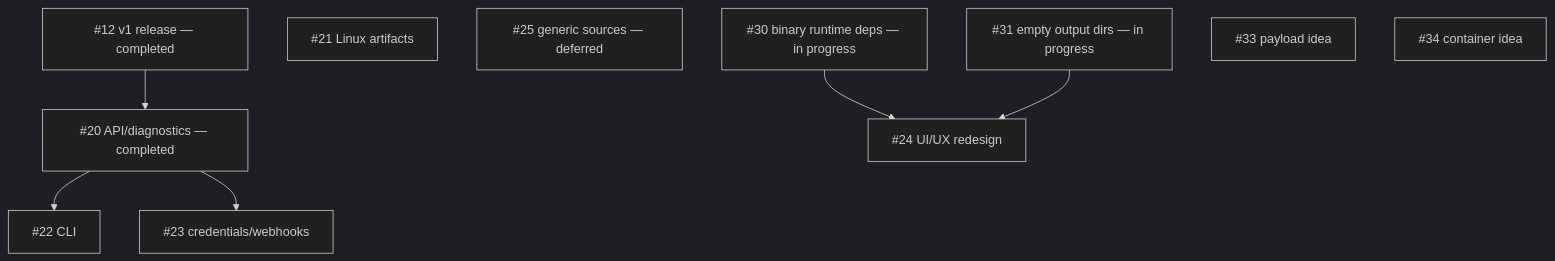
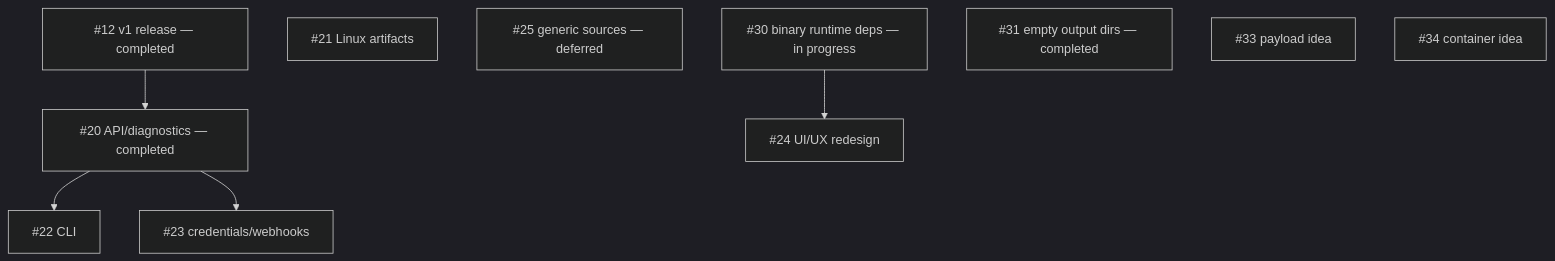
The diagram in docs/ROADMAP.md (ProBatou/DebBuilder), drawn with Mermaid (dark theme) before and after one commit. The commit also changed other lines of this file, not shown here.

Commit message:
docs: complete issue 31 roadmap status

````diff
--- a/docs/ROADMAP.md
+++ b/docs/ROADMAP.md
@@ -77,19 +76,18 @@
 ```mermaid
 flowchart TD
     I12["#12 v1 release — completed"]
     I20["#20 API/diagnostics — completed"]
     I21["#21 Linux artifacts"]
     I22["#22 CLI"]
     I23["#23 credentials/webhooks"]
     I25["#25 generic sources — deferred"]
     I30["#30 binary runtime deps — in progress"]
-    I31["#31 empty output dirs — in progress"]
+    I31["#31 empty output dirs — completed"]
     I24["#24 UI/UX redesign"]
     I33["#33 payload idea"]
     I34["#34 container idea"]
 
     I12 --> I20
     I20 --> I22 & I23
     I30 --> I24
-    I31 --> I24
 ```
````
